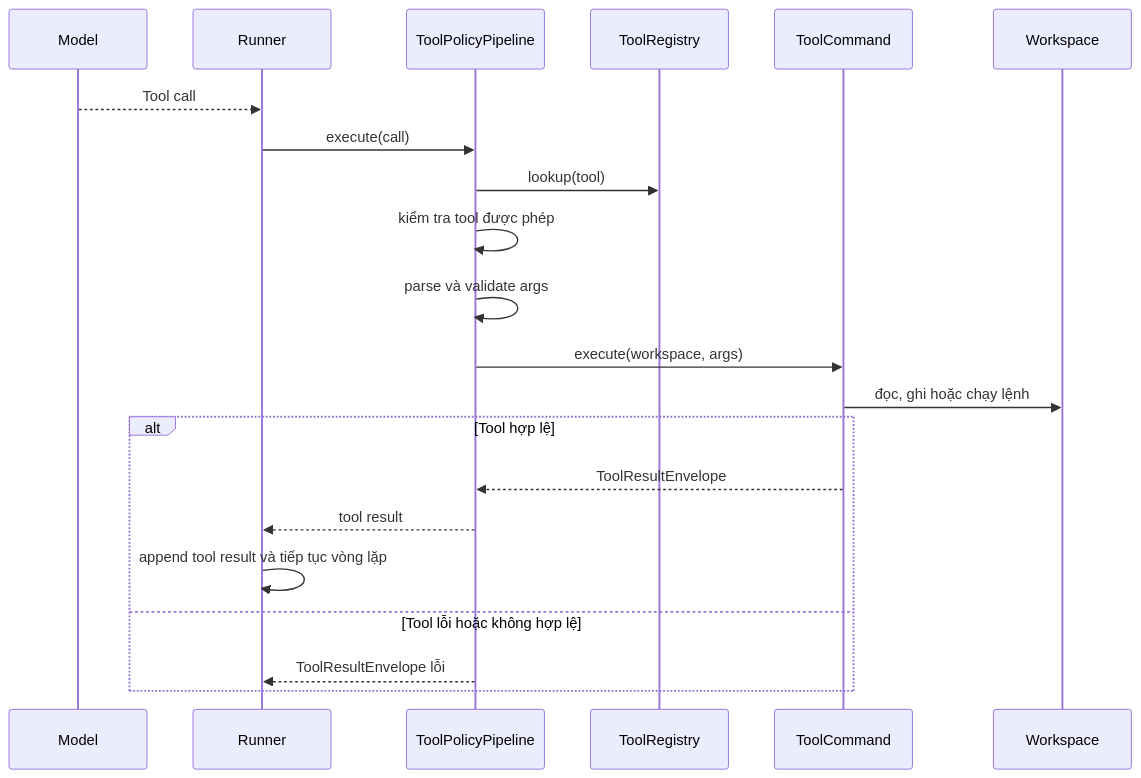
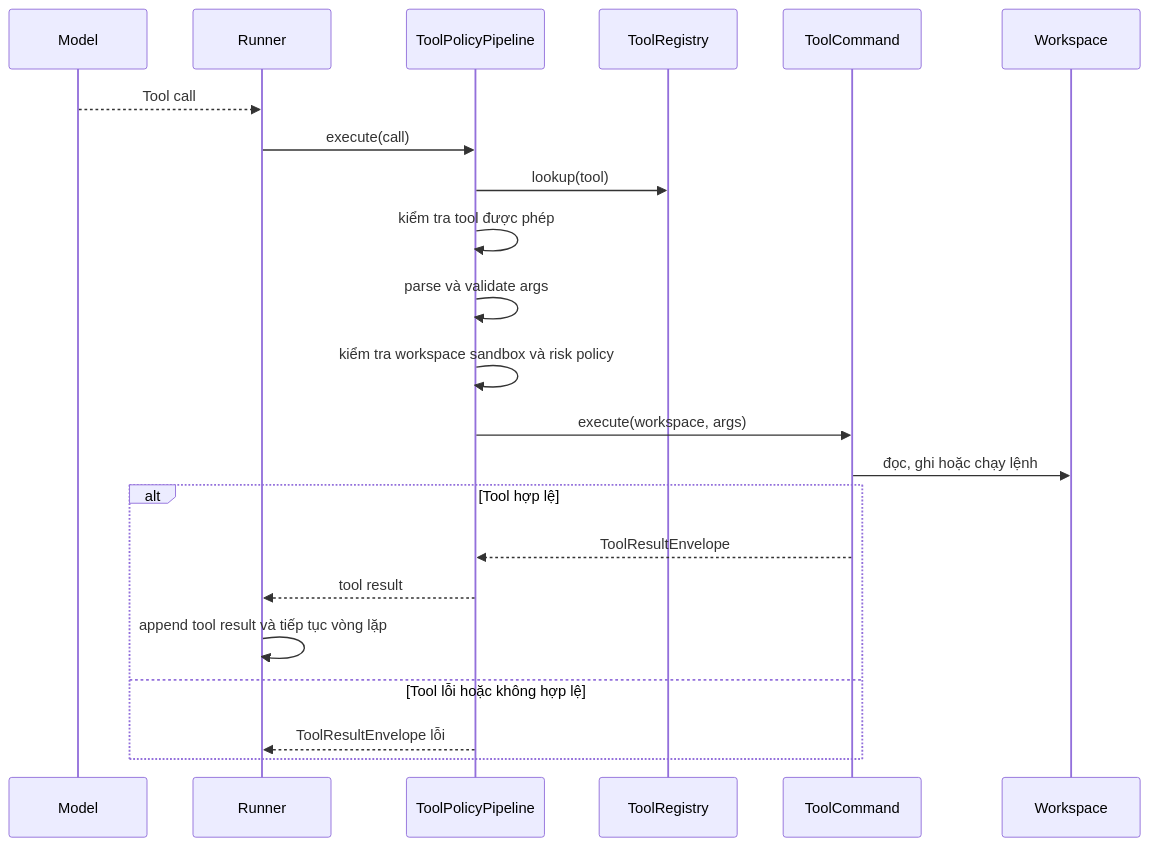
The ninth of 10 diagrams in fantasticcode-development-document.md (LoudlyDawn2108/fantasticcode), drawn with Mermaid before and after one commit. The commit also changed other lines of this file and 5 other files, not shown here.

Commit message:
feat: enhance tool policy with workspace sandbox and risk policy checks

````diff
--- a/fantasticcode-development-document.md
+++ b/fantasticcode-development-document.md
@@ -761,24 +763,25 @@
 ```mermaid
 sequenceDiagram
   participant M as Model
   participant R as Runner
   participant TP as ToolPolicyPipeline
   participant TR as ToolRegistry
   participant T as ToolCommand
   participant W as Workspace
 
   M-->>R: Tool call
   R->>TP: execute(call)
   TP->>TR: lookup(tool)
   TP->>TP: kiểm tra tool được phép
   TP->>TP: parse và validate args
+  TP->>TP: kiểm tra workspace sandbox và risk policy
   TP->>T: execute(workspace, args)
   T->>W: đọc, ghi hoặc chạy lệnh
   alt Tool hợp lệ
     T-->>TP: ToolResultEnvelope
     TP-->>R: tool result
     R->>R: append tool result và tiếp tục vòng lặp
   else Tool lỗi hoặc không hợp lệ
     TP-->>R: ToolResultEnvelope lỗi
   end
 ```
````
